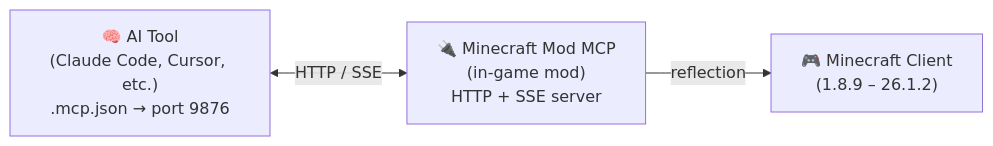
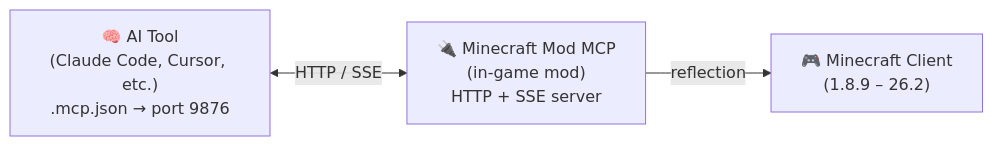
Before and after one commit to langyo/minecraft-mod-mcp: the diagram in README.md, drawn with Mermaid. The commit also changed other lines of this file and 44 other files, not shown here.

````diff
--- a/README.md
+++ b/README.md
@@ -131,9 +132,9 @@
 ```mermaid
 flowchart LR
     A["🧠 AI Tool<br/>(Claude Code, Cursor, etc.)<br/>.mcp.json → port 9876"]
     B["🔌 Minecraft Mod MCP<br/>(in-game mod)<br/>HTTP + SSE server"]
-    C["🎮 Minecraft Client<br/>(1.8.9 – 26.1.2)"]
+    C["🎮 Minecraft Client<br/>(1.8.9 – 26.2)"]
 
     A <-- "HTTP / SSE" --> B
     B -- "reflection" --> C
 ```
````
